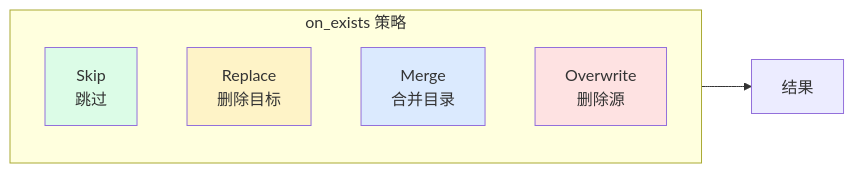
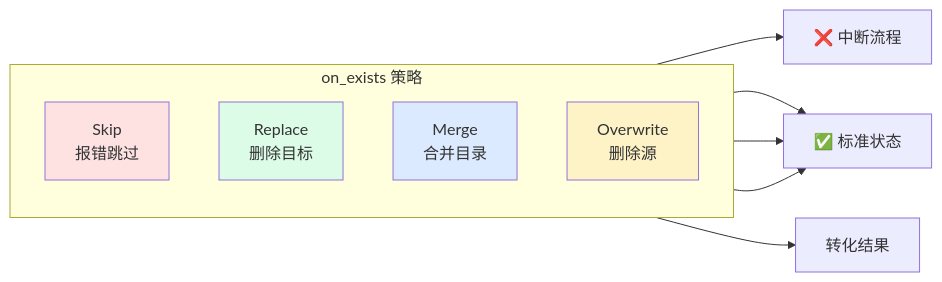
Before and after one commit to morning-start/link-disk: the third of 7 diagrams in docs/workflows.md, drawn with Mermaid. The commit also changed other lines of this file and 1 other file, not shown here.

````diff
--- a/docs/workflows.md
+++ b/docs/workflows.md
@@ -134,17 +156,21 @@
 ```mermaid
 flowchart LR
     subgraph ONEXISTS[on_exists 策略]
         direction TB
-        SKIP[Skip<br/>跳过]
+        SKIP[Skip<br/>报错跳过]
         REPLACE[Replace<br/>删除目标]
         MERGE[Merge<br/>合并目录]
         OVERWRITE[Overwrite<br/>删除源]
     end
+    
+    ONEXISTS --> RESULT[转化结果]
+    SKIP --> FAIL[❌ 中断流程]
+    REPLACE --> SUCCESS[✅ 标准状态]
+    MERGE --> SUCCESS
+    OVERWRITE --> SUCCESS
 
-    ONEXISTS --> RESULT[结果]
-
-    style SKIP fill:#dcfce7
-    style REPLACE fill:#fef3c7
+    style SKIP fill:#fee2e2
+    style REPLACE fill:#dcfce7
     style MERGE fill:#dbeafe
-    style OVERWRITE fill:#fee2e2
+    style OVERWRITE fill:#fef3c7
 ```
````
